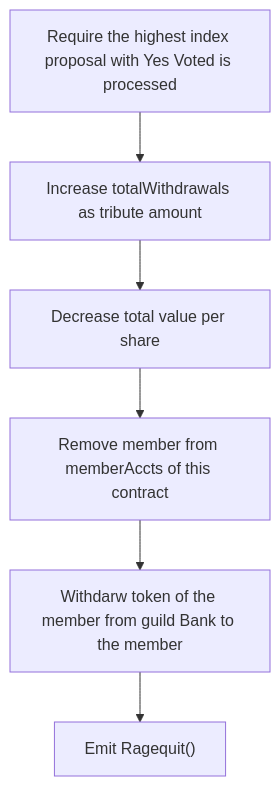
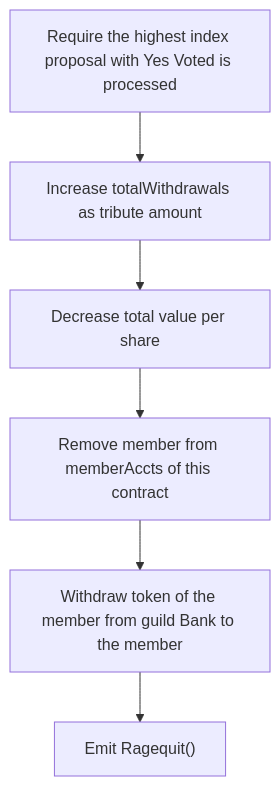
Before and after one commit to coinocracy/fund-contracts: the diagram in flows/members/rageQuit.md, drawn with Mermaid. The commit also changed 6 other files, not shown here.

Commit message:
changes to mermaid docs

````diff
--- a/flows/members/rageQuit.md
+++ b/flows/members/rageQuit.md
@@ -1,16 +1,16 @@
 ```mermaid
 
 flowchart TD
 A["Require the highest index proposal with Yes Voted is processed"]
 B["Increase totalWithdrawals as tribute amount"]
 C["Decrease total value per share"]
 D["Remove member from memberAccts of this contract"]
-E["Withdarw token of the member from guild Bank to the member"]
+E["Withdraw token of the member from guild Bank to the member"]
 F["Emit Ragequit()"]
 A --> B
 B --> C
 C --> D
 D --> E
 E --> F
 
 ```
````
